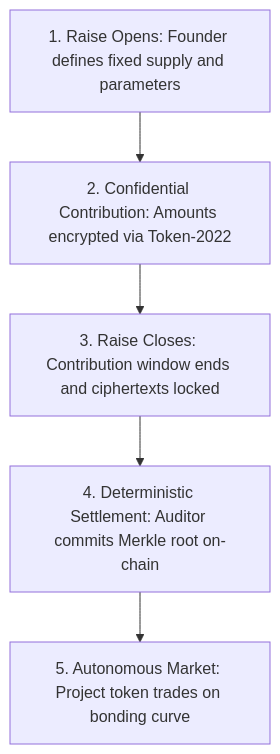
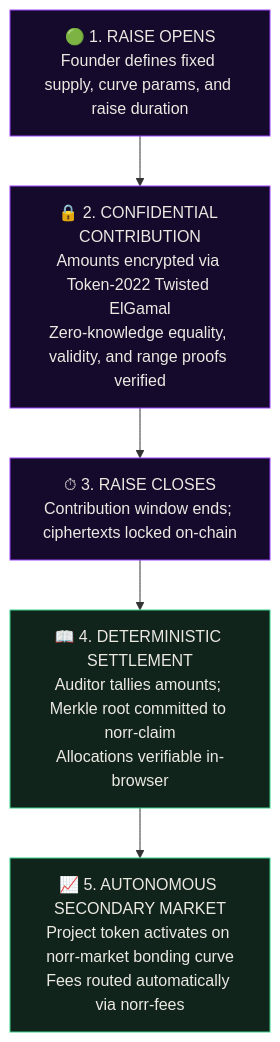
One commit to ShrikarT/norr changed the first of 2 diagrams in README.md. Above: the diagram before and after it, drawn with Mermaid. The commit also changed other lines of this file and 1 other file, not shown here.

Commit message:
docs: restore original Mermaid diagrams while preserving Norr V2 future roadmap

````diff
--- a/README.md
+++ b/README.md
@@ -51,7 +51,13 @@
 ```mermaid
-graph TD
-    A[1. Raise Opens: Founder defines fixed supply and parameters] --> B[2. Confidential Contribution: Amounts encrypted via Token-2022]
-    B --> C[3. Raise Closes: Contribution window ends and ciphertexts locked]
-    C --> D[4. Deterministic Settlement: Auditor commits Merkle root on-chain]
-    D --> E[5. Autonomous Market: Project token trades on bonding curve]
+flowchart TD
+    A["🟢 1. RAISE OPENS<br/>Founder defines fixed supply, curve params, and raise duration"] --> B["🔒 2. CONFIDENTIAL CONTRIBUTION<br/>Amounts encrypted via Token-2022 Twisted ElGamal<br/>Zero-knowledge equality, validity, and range proofs verified"]
+    B --> C["⏱ 3. RAISE CLOSES<br/>Contribution window ends; ciphertexts locked on-chain"]
+    C --> D["📖 4. DETERMINISTIC SETTLEMENT<br/>Auditor tallies amounts; Merkle root committed to norr-claim<br/>Allocations verifiable in-browser"]
+    D --> E["📈 5. AUTONOMOUS SECONDARY MARKET<br/>Project token activates on norr-market bonding curve<br/>Fees routed automatically via norr-fees"]
+
+    style A fill:#150a2b,stroke:#9945ff,color:#ece9e3
+    style B fill:#150a2b,stroke:#9945ff,color:#ece9e3
+    style C fill:#150a2b,stroke:#9945ff,color:#ece9e3
+    style D fill:#10241b,stroke:#3fcf8a,color:#ece9e3
+    style E fill:#10241b,stroke:#3fcf8a,color:#ece9e3
 ```
````
